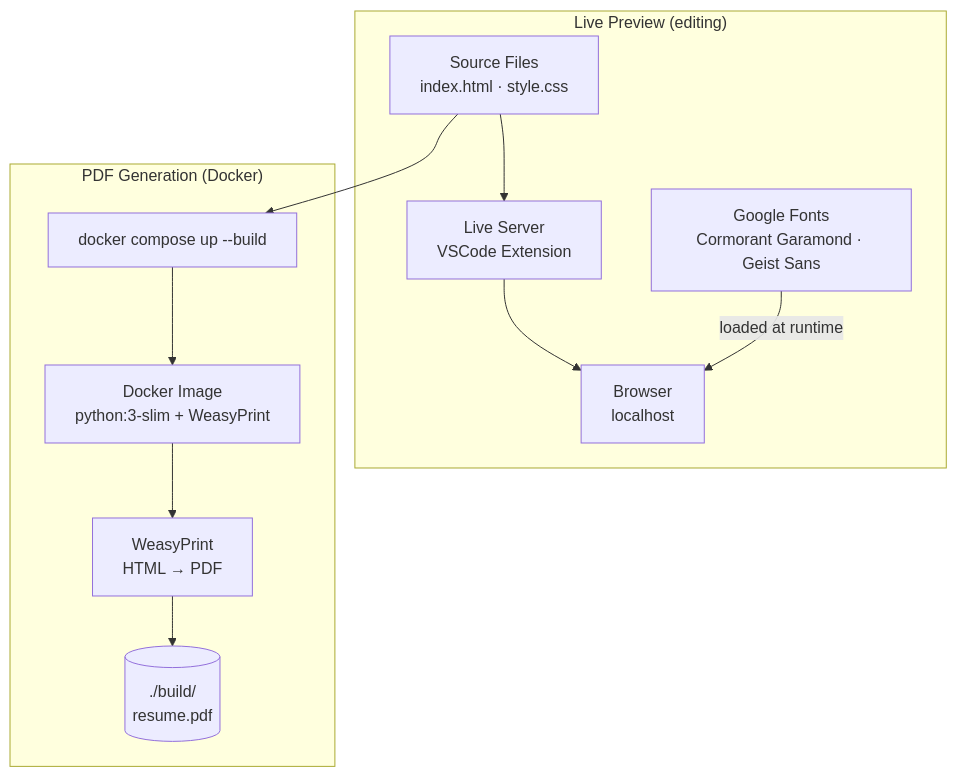
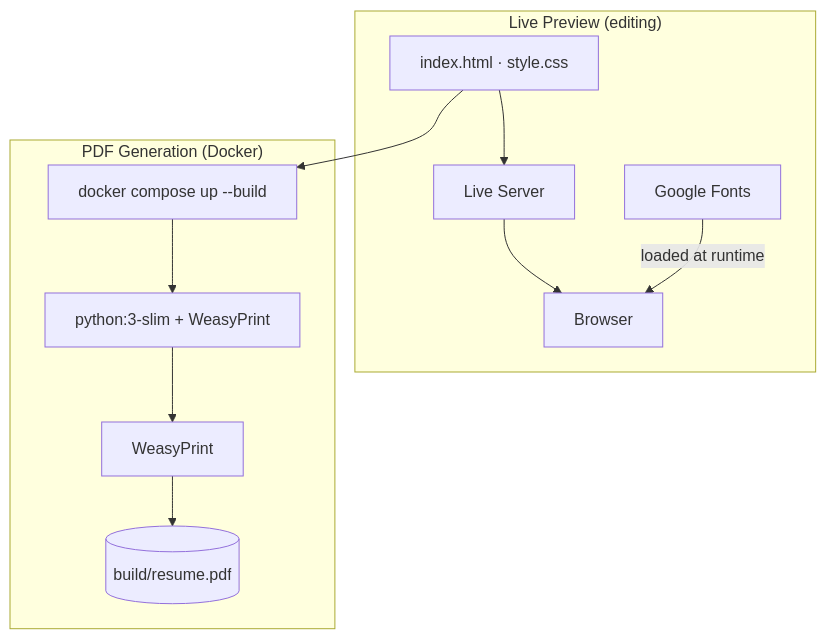
The diagram in README.md (migcruz/cruzmiguelresume), drawn with Mermaid before and after one commit.

Commit message:
fixed mermaid diagram

````diff
--- a/README.md
+++ b/README.md
@@ -36,20 +36,20 @@
 ```mermaid
 flowchart TD
-    src["Source Files\nindex.html · style.css"]
+    src["index.html · style.css"]
 
     subgraph preview["Live Preview (editing)"]
-        LS["Live Server\nVSCode Extension"]
-        BR["Browser\nlocalhost"]
-        GF["Google Fonts\nCormorant Garamond · Geist Sans"]
+        LS["Live Server"]
+        BR["Browser"]
+        GF["Google Fonts"]
         src --> LS --> BR
         GF -->|loaded at runtime| BR
     end
 
     subgraph docker["PDF Generation (Docker)"]
         DC["docker compose up --build"]
-        IMG["Docker Image\npython:3-slim + WeasyPrint"]
-        WP["WeasyPrint\nHTML → PDF"]
-        VOL[("./build/\nresume.pdf")]
+        IMG["python:3-slim + WeasyPrint"]
+        WP["WeasyPrint"]
+        VOL[("build/resume.pdf")]
         src --> DC --> IMG --> WP --> VOL
     end
 ```
````
